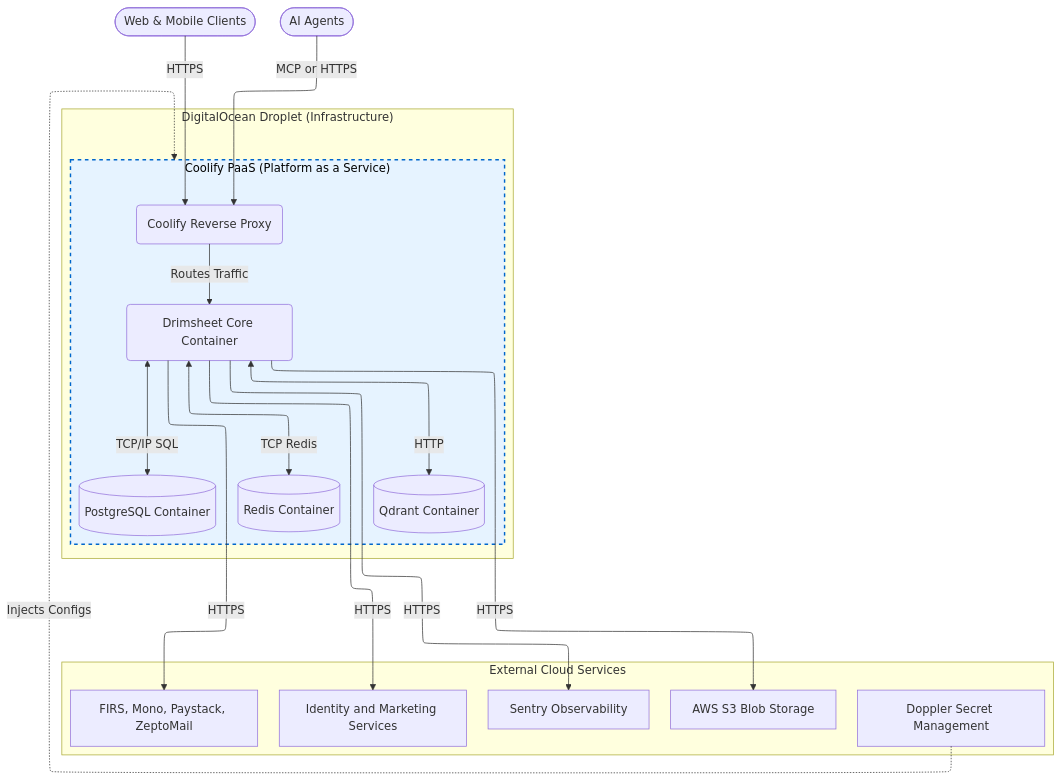
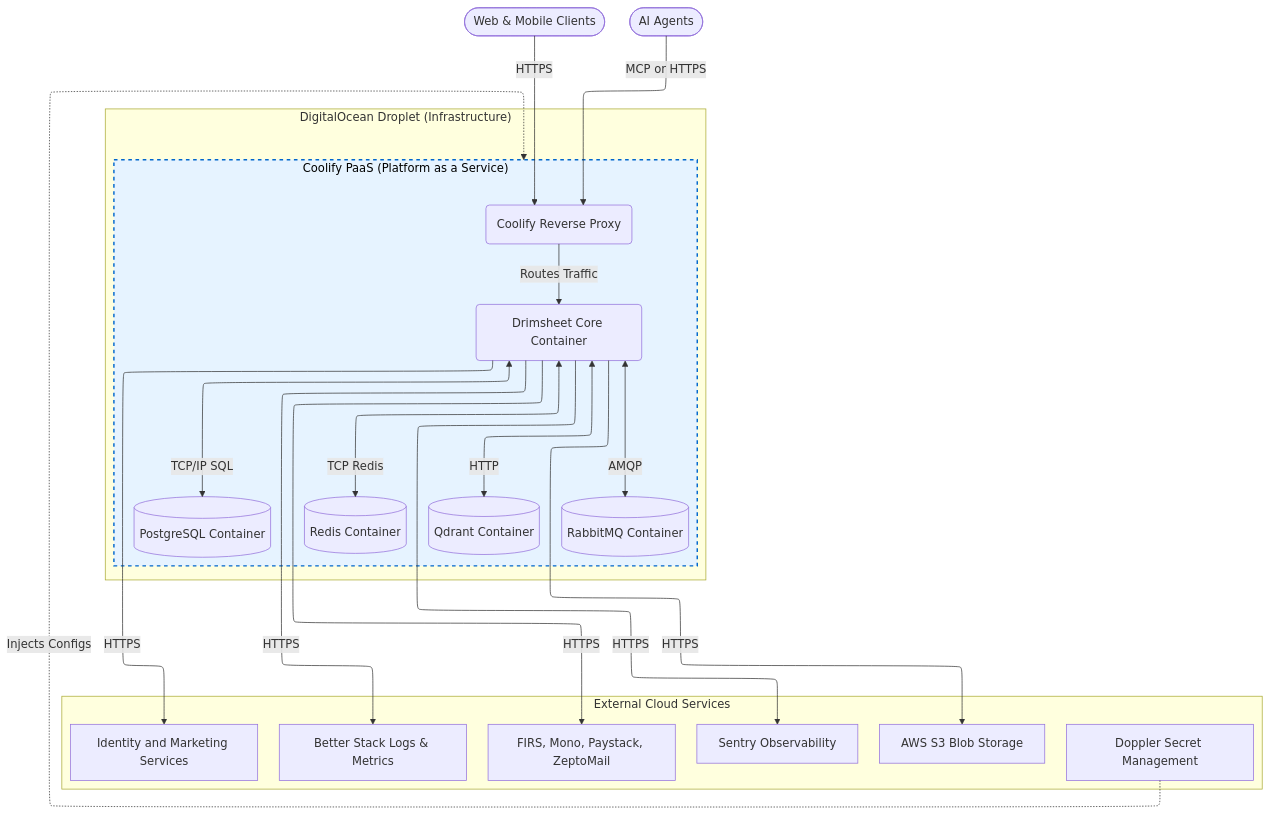
The diagram in docs/assets/07.1-deployment-infrastructure.mermaid (oosahon/drimsheet-core), drawn with Mermaid before and after one commit. The commit also changed 33 other files, not shown here.

```diff
--- a/docs/assets/07.1-deployment-infrastructure.mermaid
+++ b/docs/assets/07.1-deployment-infrastructure.mermaid
@@ -1,35 +1,38 @@
 ---
 config:
   layout: elk
 ---
 flowchart TB
  subgraph Col["Coolify PaaS (Platform as a Service)"]
         API("Drimsheet Core Container")
         Proxy("Coolify Reverse Proxy")
         DB[("PostgreSQL Container")]
         Cache[("Redis Container")]
+        Rabbit[("RabbitMQ Container")]
         VectorDB[("Qdrant Container")]
   end
  subgraph DO["DigitalOcean Droplet (Infrastructure)"]
         Col
   end
  subgraph External["External Cloud Services"]
         Doppler["Doppler Secret Management"]
         S3["AWS S3 Blob Storage"]
         Sentry["Sentry Observability"]
+        BetterStack["Better Stack Logs & Metrics"]
         Auth["Identity and Marketing Services"]
         CoreExt["FIRS, Mono, Paystack, ZeptoMail"]
   end
     Client(["Web & Mobile Clients"]) -- HTTPS --> Proxy
     Agent(["AI Agents"]) -- MCP or HTTPS --> Proxy
     Proxy -- Routes Traffic --> API
     API <-- TCP/IP SQL --> DB
     API <-- TCP Redis --> Cache
+    API <-- AMQP --> Rabbit
     API <-- HTTP --> VectorDB
     Doppler -. Injects Configs .-> Col
-    API -- HTTPS --> S3 & Sentry & Auth & CoreExt
+    API -- HTTPS --> S3 & Sentry & BetterStack & Auth & CoreExt
 
      Col:::Col_Style
     classDef DO_Style fill:#f9f9f9,stroke:#333,stroke-width:2px,color:#000
     classDef Col_Style fill:#e6f3ff,stroke:#0066cc,stroke-width:2px,stroke-dasharray: 5 5,color:#000
     classDef Ext_Style fill:#fff,stroke:#666,stroke-width:2px,stroke-dasharray: 5 5,color:#000
```
